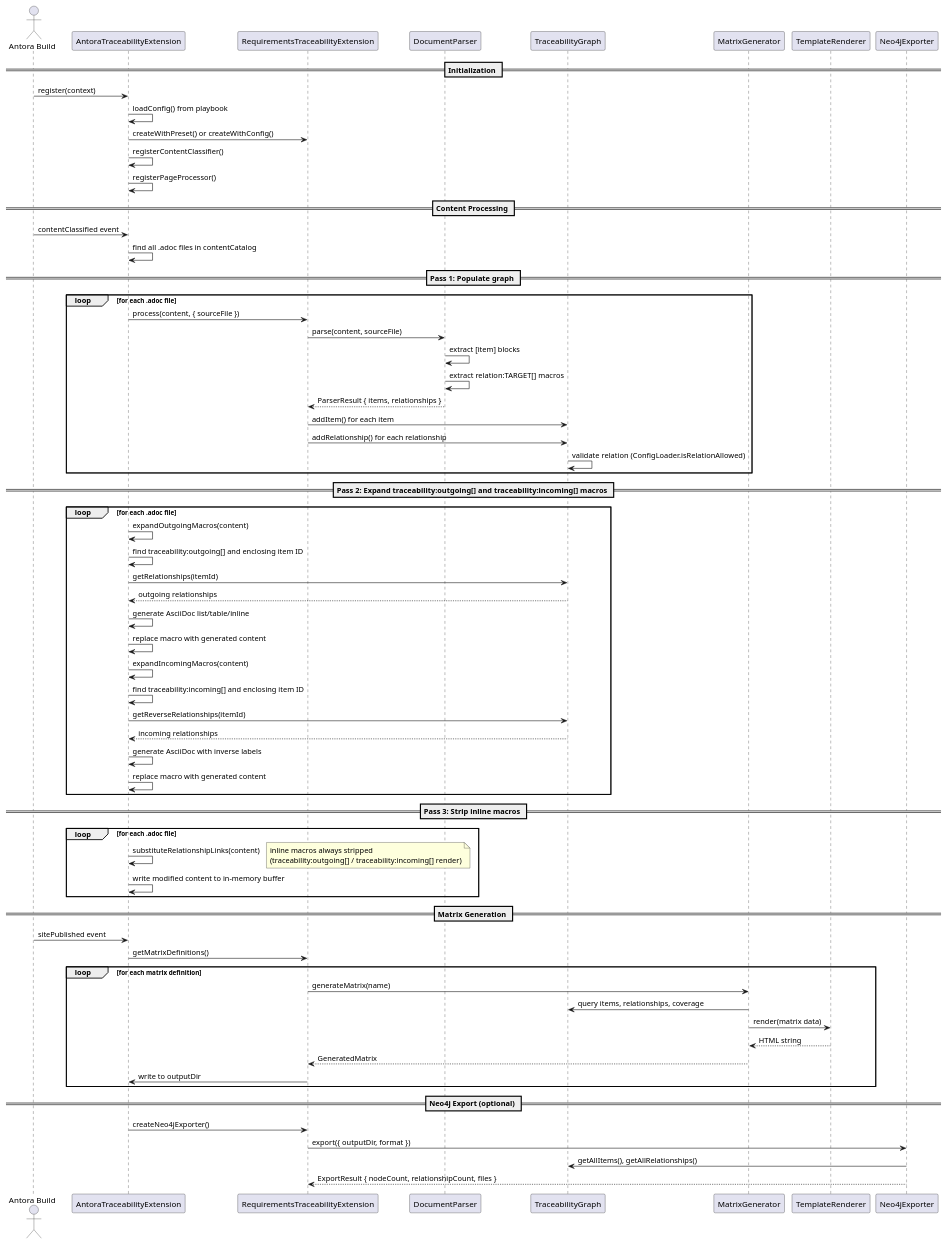
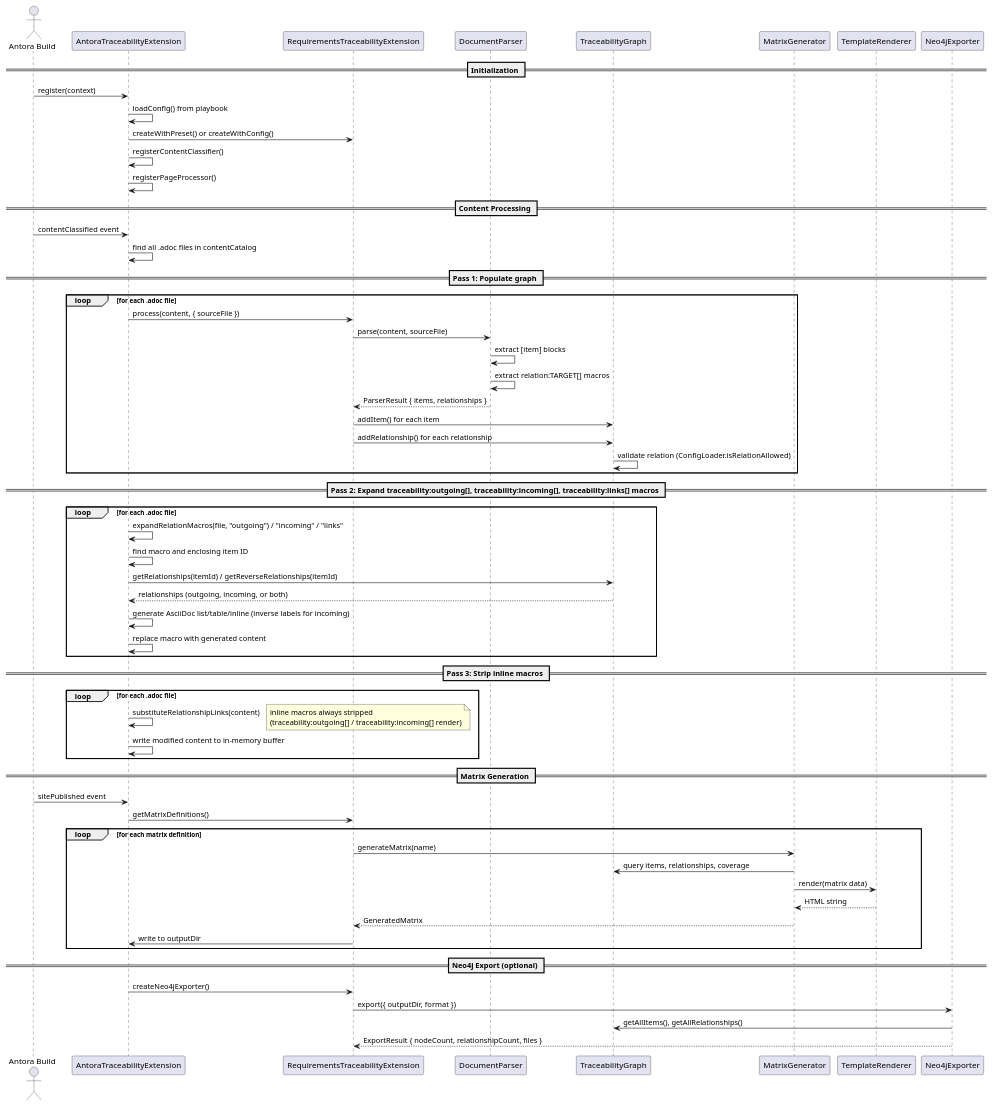
One commit to rattermeyer/antora-tracer changed the diagram in examples/component-one/modules/ROOT/examples/sequence-diagram.puml. Above: the diagram before and after it, drawn with PlantUML. The commit also changed 19 other files, not shown here.

```diff
--- a/examples/component-one/modules/ROOT/examples/sequence-diagram.puml
+++ b/examples/component-one/modules/ROOT/examples/sequence-diagram.puml
@@ -1,74 +1,68 @@
 @startuml
 actor "Antora Build" as antora
 participant "AntoraTraceabilityExtension" as antora_ext
 participant "RequirementsTraceabilityExtension" as main_ext
 participant "DocumentParser" as parser
 participant "TraceabilityGraph" as graph
 participant "MatrixGenerator" as matrix
 participant "TemplateRenderer" as templates
 participant "Neo4jExporter" as neo4j
 
 == Initialization ==
 antora -> antora_ext : register(context)
 antora_ext -> antora_ext : loadConfig() from playbook
 antora_ext -> main_ext : createWithPreset() or createWithConfig()
 antora_ext -> antora_ext : registerContentClassifier()
 antora_ext -> antora_ext : registerPageProcessor()
 
 == Content Processing ==
 antora -> antora_ext : contentClassified event
 antora_ext -> antora_ext : find all .adoc files in contentCatalog
 
 == Pass 1: Populate graph ==
 loop for each .adoc file
   antora_ext -> main_ext : process(content, { sourceFile })
   main_ext -> parser : parse(content, sourceFile)
   parser -> parser : extract [item] blocks
   parser -> parser : extract relation:TARGET[] macros
   parser --> main_ext : ParserResult { items, relationships }
   main_ext -> graph : addItem() for each item
   main_ext -> graph : addRelationship() for each relationship
   graph -> graph : validate relation (ConfigLoader.isRelationAllowed)
 end
 
-== Pass 2: Expand traceability:outgoing[] and traceability:incoming[] macros ==
+== Pass 2: Expand traceability:outgoing[], traceability:incoming[], traceability:links[] macros ==
 loop for each .adoc file
-  antora_ext -> antora_ext : expandOutgoingMacros(content)
-  antora_ext -> antora_ext : find traceability:outgoing[] and enclosing item ID
-  antora_ext -> graph : getRelationships(itemId)
-  graph --> antora_ext : outgoing relationships
-  antora_ext -> antora_ext : generate AsciiDoc list/table/inline
-  antora_ext -> antora_ext : replace macro with generated content
-  antora_ext -> antora_ext : expandIncomingMacros(content)
-  antora_ext -> antora_ext : find traceability:incoming[] and enclosing item ID
-  antora_ext -> graph : getReverseRelationships(itemId)
-  graph --> antora_ext : incoming relationships
-  antora_ext -> antora_ext : generate AsciiDoc with inverse labels
+  antora_ext -> antora_ext : expandRelationMacros(file, "outgoing") / "incoming" / "links"
+  antora_ext -> antora_ext : find macro and enclosing item ID
+  antora_ext -> graph : getRelationships(itemId) / getReverseRelationships(itemId)
+  graph --> antora_ext : relationships (outgoing, incoming, or both)
+  antora_ext -> antora_ext : generate AsciiDoc list/table/inline (inverse labels for incoming)
   antora_ext -> antora_ext : replace macro with generated content
 end
 
 == Pass 3: Strip inline macros ==
 loop for each .adoc file
   antora_ext -> antora_ext : substituteRelationshipLinks(content)
   note right: inline macros always stripped\n(traceability:outgoing[] / traceability:incoming[] render)
   antora_ext -> antora_ext : write modified content to in-memory buffer
 end
 
 == Matrix Generation ==
 antora -> antora_ext : sitePublished event
 antora_ext -> main_ext : getMatrixDefinitions()
 loop for each matrix definition
   main_ext -> matrix : generateMatrix(name)
   matrix -> graph : query items, relationships, coverage
   matrix -> templates : render(matrix data)
   templates --> matrix : HTML string
   matrix --> main_ext : GeneratedMatrix
   main_ext -> antora_ext : write to outputDir
 end
 
 == Neo4j Export (optional) ==
 antora_ext -> main_ext : createNeo4jExporter()
 main_ext -> neo4j : export({ outputDir, format })
 neo4j -> graph : getAllItems(), getAllRelationships()
 neo4j --> main_ext : ExportResult { nodeCount, relationshipCount, files }
 @enduml
```
